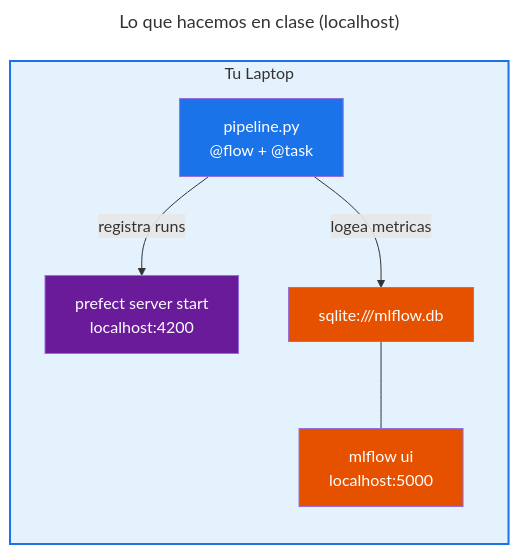
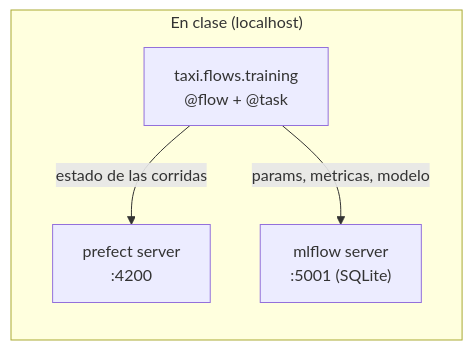
Before and after one commit to dpalacioj/MLOps-Course: the first of 2 diagrams in instructor/guion-s04-orquestacion.md, drawn with Mermaid. The commit also changed other lines of this file and 91 other files, not shown here.

First line of the commit message:
feat: entrenamiento, gate de promocion, API observable y flows de Prefect 3

````diff
--- a/instructor/guion-s04-orquestacion.md
+++ b/instructor/guion-s04-orquestacion.md
@@ -1200,23 +741,10 @@
 ```mermaid
----
-title: "Lo que hacemos en clase (localhost)"
----
 flowchart LR
-    subgraph TU_LAPTOP["Tu Laptop"]
-        direction TB
-        CODE["pipeline.py\n@flow + @task"]
-        SERVER["prefect server start\nlocalhost:4200"]
-        SQLITE["sqlite:///mlflow.db"]
-        MLFLOW_UI["mlflow ui\nlocalhost:5000"]
-
-        CODE -->|"registra runs"| SERVER
-        CODE -->|"logea metricas"| SQLITE
-        SQLITE --- MLFLOW_UI
+    subgraph LOCAL["En clase (localhost)"]
+        CODE["taxi.flows.training<br/>@flow + @task"]
+        PS["prefect server<br/>:4200"]
+        MLF["mlflow server<br/>:5001 (SQLite)"]
+        CODE -->|"estado de las corridas"| PS
+        CODE -->|"params, metricas, modelo"| MLF
     end
-
-    style TU_LAPTOP fill:#E3F2FD,stroke:#1A73E8,stroke-width:2px
-    style CODE fill:#1A73E8,color:#fff
-    style SERVER fill:#6A1B9A,color:#fff
-    style SQLITE fill:#E65100,color:#fff
-    style MLFLOW_UI fill:#E65100,color:#fff
 ```
````
